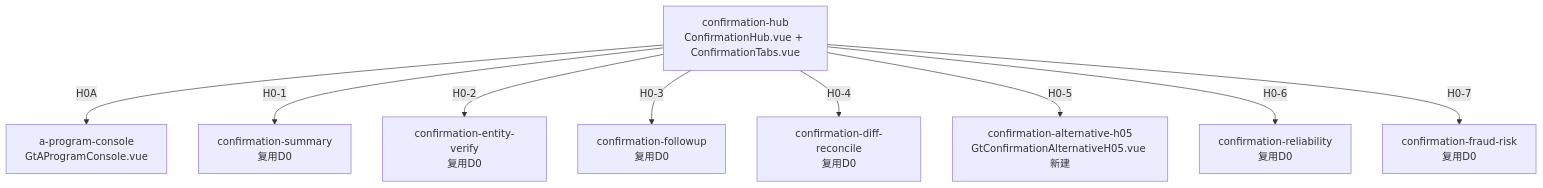
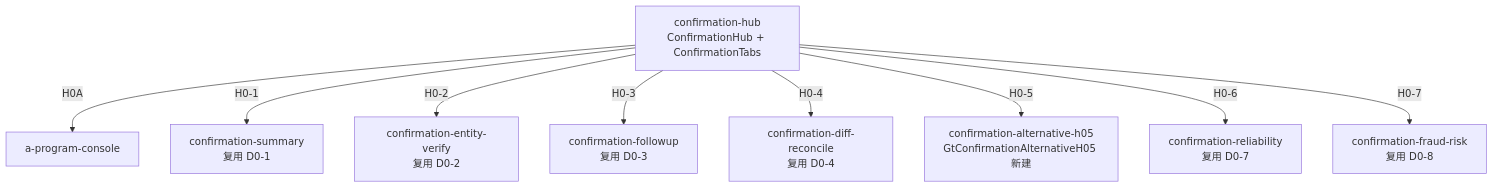
One commit to YZ1981-GT/GT_plan changed the first of 2 diagrams in .kiro/specs/h0-confirmation/design.md. Above: the diagram before and after it, drawn with Mermaid. The commit also changed other lines of this file and 245 other files, not shown here.

````diff
--- a/.kiro/specs/h0-confirmation/design.md
+++ b/.kiro/specs/h0-confirmation/design.md
@@ -18,12 +19,12 @@
 ```mermaid
 graph TD
-    HUB[confirmation-hub<br/>ConfirmationHub.vue + ConfirmationTabs.vue]
-    HUB -->|H0A| PROG[a-program-console<br/>GtAProgramConsole.vue]
-    HUB -->|H0-1| SUM[confirmation-summary<br/>复用D0]
-    HUB -->|H0-2| ENT[confirmation-entity-verify<br/>复用D0]
-    HUB -->|H0-3| FOL[confirmation-followup<br/>复用D0]
-    HUB -->|H0-4| DIFF[confirmation-diff-reconcile<br/>复用D0]
-    HUB -->|H0-5| ALT5[confirmation-alternative-h05<br/>GtConfirmationAlternativeH05.vue 新建]
-    HUB -->|H0-6| REL[confirmation-reliability<br/>复用D0]
-    HUB -->|H0-7| FRAUD[confirmation-fraud-risk<br/>复用D0]
+    HUB[confirmation-hub<br/>ConfirmationHub + ConfirmationTabs]
+    HUB -->|H0A| PROG[a-program-console]
+    HUB -->|H0-1| SUM[confirmation-summary<br/>复用 D0-1]
+    HUB -->|H0-2| ENT[confirmation-entity-verify<br/>复用 D0-2]
+    HUB -->|H0-3| FOL[confirmation-followup<br/>复用 D0-3]
+    HUB -->|H0-4| DIFF[confirmation-diff-reconcile<br/>复用 D0-4]
+    HUB -->|H0-5| ALT5[confirmation-alternative-h05<br/>GtConfirmationAlternativeH05 新建]
+    HUB -->|H0-6| REL[confirmation-reliability<br/>复用 D0-7]
+    HUB -->|H0-7| FRAUD[confirmation-fraud-risk<br/>复用 D0-8]
 ```
````
